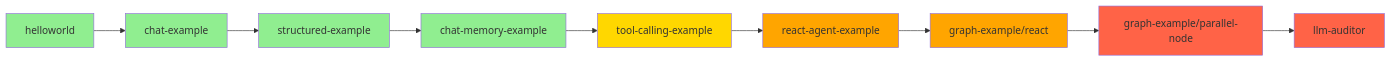
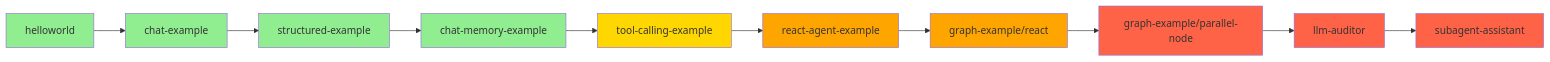
Before and after one commit to Juncai22/spring-ai-agent-learning: the diagram in Spring-AI-Alibaba-学习笔记/README.md, drawn with Mermaid. The commit also changed other lines of this file and 14 other files, not shown here.

````diff
--- a/Spring-AI-Alibaba-学习笔记/README.md
+++ b/Spring-AI-Alibaba-学习笔记/README.md
@@ -10,21 +10,23 @@
 ```mermaid
 graph LR
     A[helloworld] --> B[chat-example]
     B --> C[structured-example]
     C --> D[chat-memory-example]
     D --> E[tool-calling-example]
     E --> F[react-agent-example]
     F --> G[graph-example/react]
     G --> H[graph-example/parallel-node]
     H --> I[llm-auditor]
+    I --> J[subagent-assistant]
     
     style A fill:#90EE90
     style B fill:#90EE90
     style C fill:#90EE90
     style D fill:#90EE90
     style E fill:#FFD700
     style F fill:#FFA500
     style G fill:#FFA500
     style H fill:#FF6347
     style I fill:#FF6347
+    style J fill:#FF6347
 ```
````
